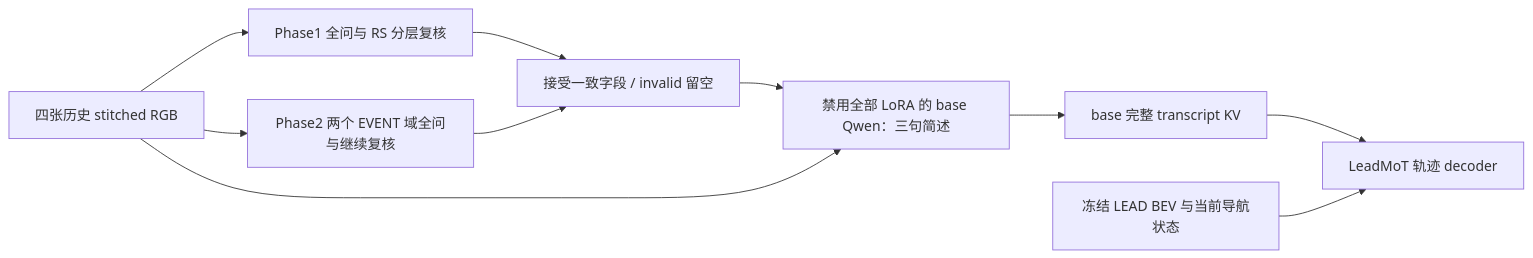
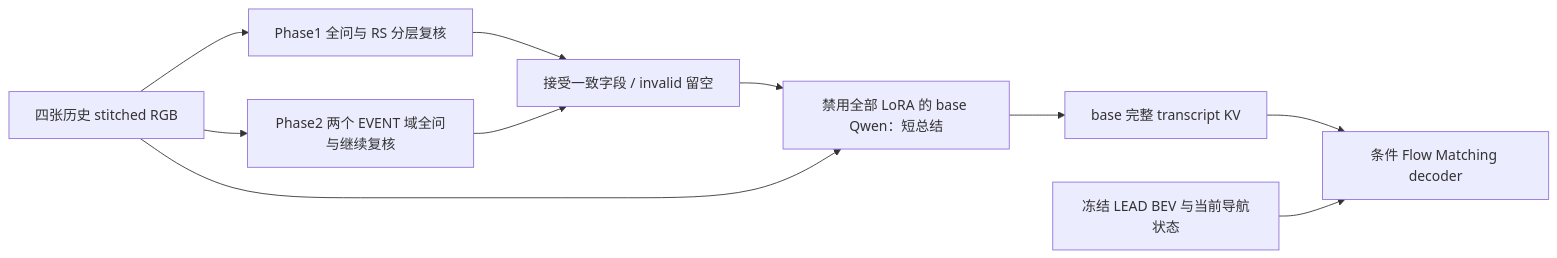
The diagram in AutoMoT/qwen3vl_local/action_prior/run.md (duguxiaohun/automot_lead), drawn with Mermaid before and after one commit. The commit also changed other lines of this file and 25 other files, not shown here.

Commit message:
feat(action-prior): add joint trajectory flow matching

````diff
--- a/AutoMoT/qwen3vl_local/action_prior/run.md
+++ b/AutoMoT/qwen3vl_local/action_prior/run.md
@@ -195,12 +196,12 @@
 ```mermaid
 flowchart LR
   A[四张历史 stitched RGB] --> B[Phase1 全问与 RS 分层复核]
   A --> C[Phase2 两个 EVENT 域全问与继续复核]
   B --> D[接受一致字段 / invalid 留空]
   C --> D
-  D --> E[禁用全部 LoRA 的 base Qwen：三句简述]
+  D --> E[禁用全部 LoRA 的 base Qwen：短总结]
   A --> E
   E --> F[base 完整 transcript KV]
-  F --> G[LeadMoT 轨迹 decoder]
+  F --> G[条件 Flow Matching decoder]
   H[冻结 LEAD BEV 与当前导航状态] --> G
 ```
````
